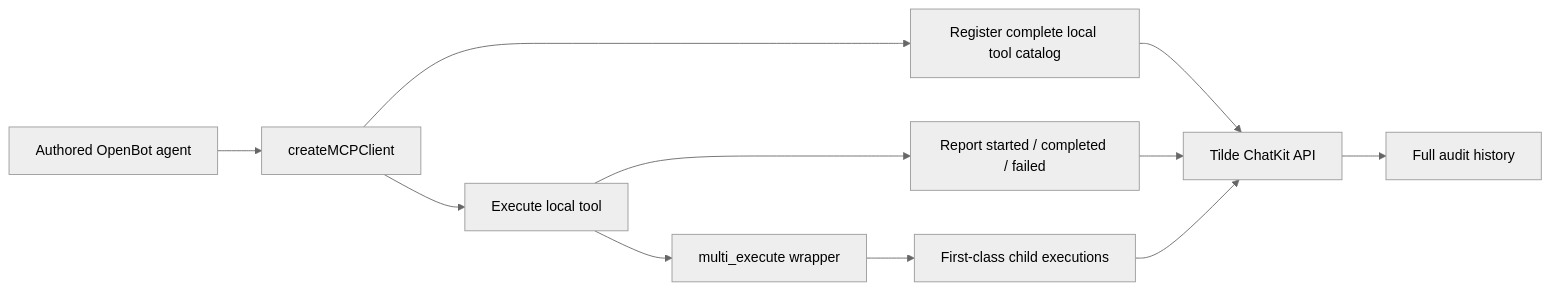
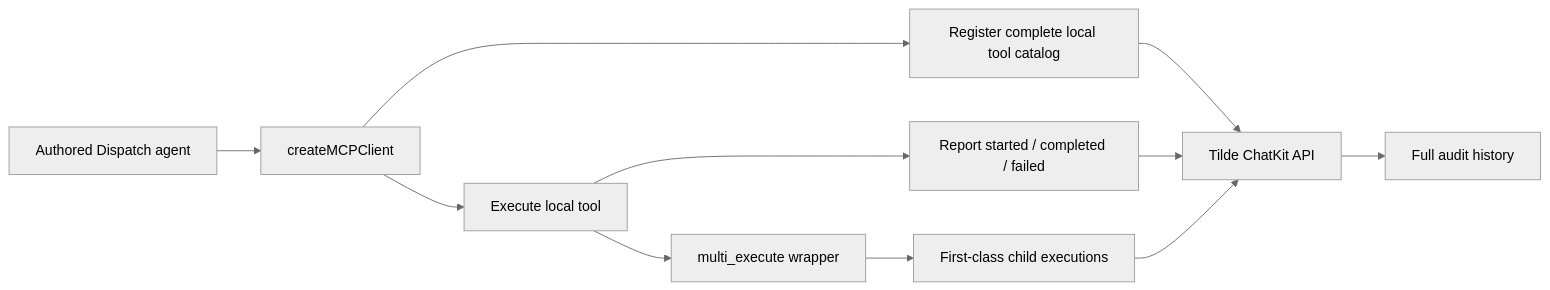
The diagram in docs/updates/106.md (trytilde/dispatch), drawn with Mermaid (neutral theme) before and after one commit. The commit also changed other lines of this file and 668 other files, not shown here.

````diff
--- a/docs/updates/106.md
+++ b/docs/updates/106.md
@@ -16,13 +16,13 @@
 ```mermaid
 flowchart LR
-  Agent["Authored OpenBot agent"] --> MCP["createMCPClient"]
+  Agent["Authored Dispatch agent"] --> MCP["createMCPClient"]
   MCP --> Register["Register complete local tool catalog"]
   MCP --> Execute["Execute local tool"]
   Execute --> Report["Report started / completed / failed"]
   Execute --> Multi["multi_execute wrapper"]
   Multi --> Child["First-class child executions"]
   Register --> API["Tilde ChatKit API"]
   Report --> API
   Child --> API
   API --> DB["Full audit history"]
 ```
````
